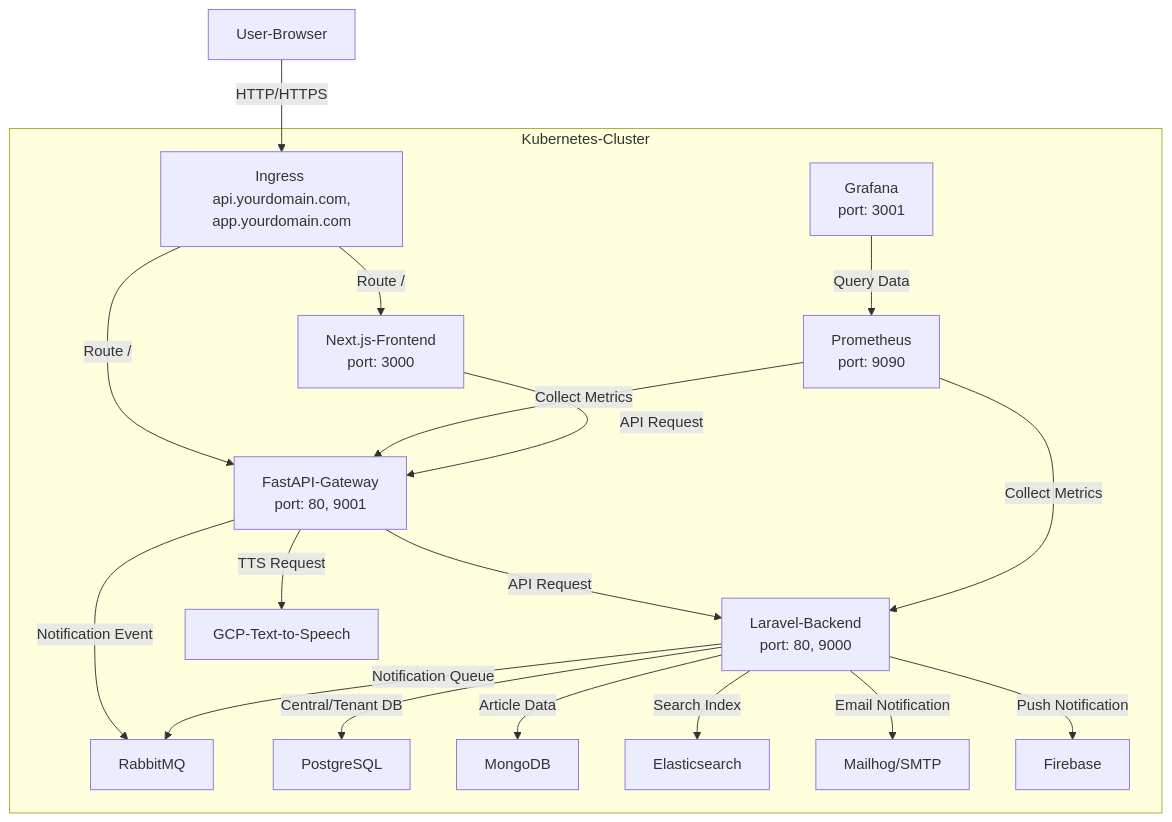
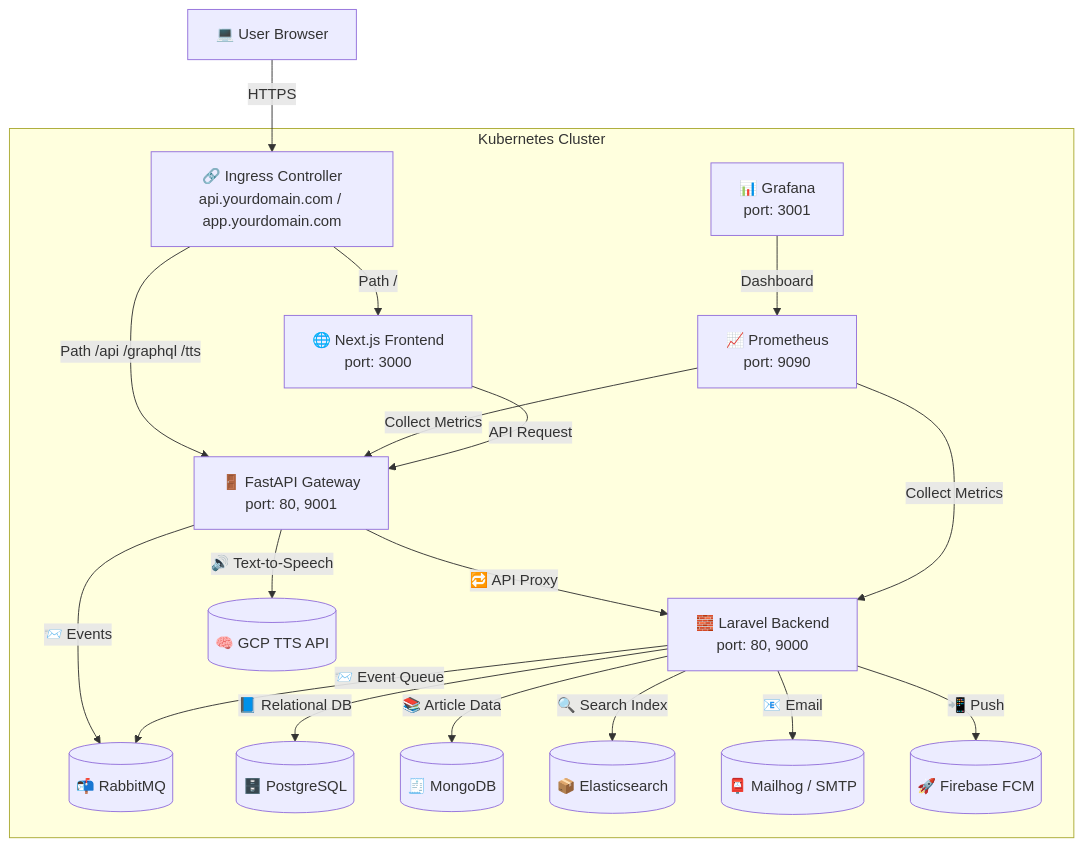
One commit to BpsEason/OrbitPress changed the diagram in README.md. Above: the diagram before and after it, drawn with Mermaid.

````diff
--- a/README.md
+++ b/README.md
@@ -23,26 +23,34 @@
 ```mermaid
 graph TD
-    A[User-Browser] -->|HTTP/HTTPS| B[Ingress <br> api.yourdomain.com, app.yourdomain.com]
-    
-    subgraph Kubernetes-Cluster
-        B -->|Route /| C[FastAPI-Gateway <br> port: 80, 9001]
-        B -->|Route /| D[Next.js-Frontend <br> port: 3000]
-        
-        C -->|API Request| E[Laravel-Backend <br> port: 80, 9000]
-        C -->|TTS Request| F[GCP-Text-to-Speech]
-        C -->|Notification Event| G[RabbitMQ]
-        
-        E -->|Central/Tenant DB| H[PostgreSQL]
-        E -->|Article Data| I[MongoDB]
-        E -->|Search Index| J[Elasticsearch]
-        E -->|Notification Queue| G
-        E -->|Email Notification| K[Mailhog/SMTP]
-        E -->|Push Notification| L[Firebase]
-        
-        M[Prometheus <br> port: 9090] -->|Collect Metrics| C
-        M -->|Collect Metrics| E
-        N[Grafana <br> port: 3001] -->|Query Data| M
-    end
+  %% ========== 外部用戶與入口 ==========
+  A[💻 User Browser] -->|HTTPS| B[🔗 Ingress Controller<br/>api.yourdomain.com / app.yourdomain.com]
 
-    D -->|API Request| C
+  %% ========== Kubernetes Cluster ==========
+  subgraph Kubernetes Cluster
+
+    %% 前端與 API Gateway
+    B -->|Path / | D[🌐 Next.js Frontend<br/>port: 3000]
+    B -->|Path /api /graphql /tts | C[🚪 FastAPI Gateway<br/>port: 80, 9001]
+
+    %% FastAPI 與後端系統整合
+    C -->|🔁 API Proxy| E[🧱 Laravel Backend<br/>port: 80, 9000]
+    C -->|🔊 Text-to-Speech| F[(🧠 GCP TTS API)]
+    C -->|📨 Events| G[(📬 RabbitMQ)]
+
+    %% Laravel 與資料層整合
+    E -->|📘 Relational DB| H[(🗄️ PostgreSQL)]
+    E -->|📚 Article Data| I[(🧾 MongoDB)]
+    E -->|🔍 Search Index| J[(📦 Elasticsearch)]
+    E -->|📧 Email| K[(📮 Mailhog / SMTP)]
+    E -->|📲 Push| L[(🚀 Firebase FCM)]
+    E -->|📨 Event Queue| G
+
+    %% 觀測系統與指標追蹤
+    M[📈 Prometheus<br/>port: 9090] -->|Collect Metrics| C
+    M -->|Collect Metrics| E
+    N[📊 Grafana<br/>port: 3001] -->|Dashboard| M
+  end
+
+  %% Next.js 與 FastAPI 閘道串接
+  D -->|API Request| C
 ```
````
